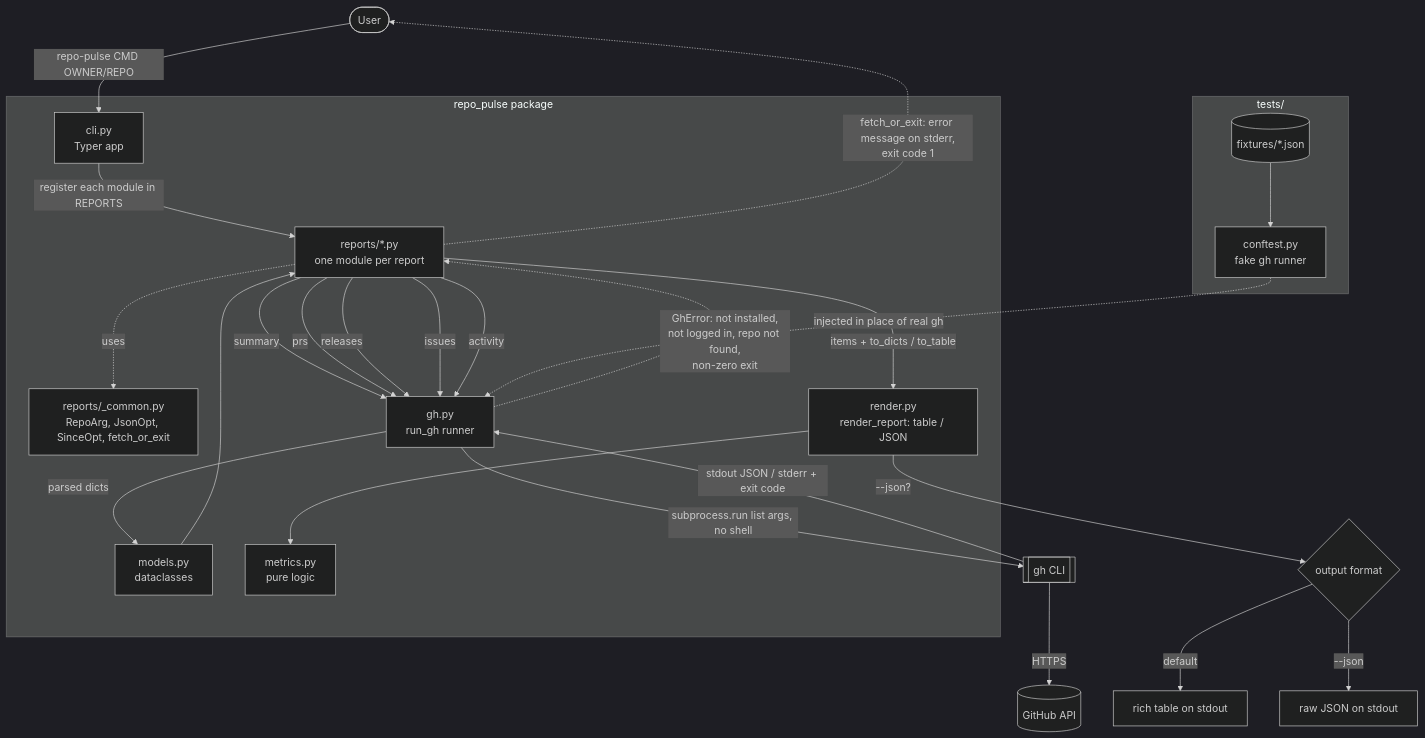
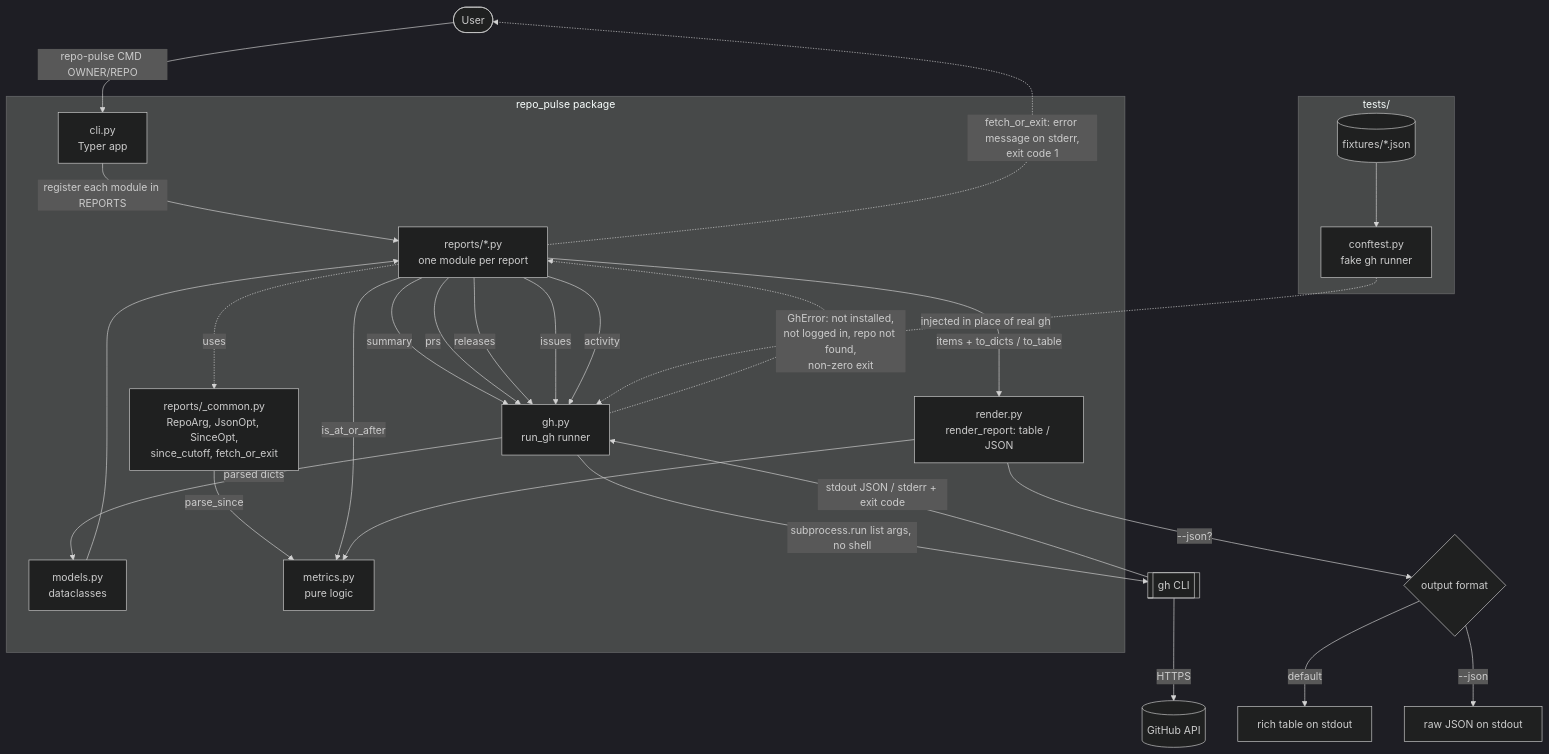
One commit to ritullportfolio/repo-pulse changed the first of 3 diagrams in docs/architecture.md. Above: the diagram before and after it, drawn with Mermaid (dark theme). The commit also changed other lines of this file and 10 other files, not shown here.

````diff
--- a/docs/architecture.md
+++ b/docs/architecture.md
@@ -20,44 +20,46 @@
 ```mermaid
 flowchart TD
     User([User]) -->|repo-pulse CMD OWNER/REPO| CLI
 
     subgraph repo_pulse [repo_pulse package]
         CLI[cli.py<br/>Typer app]
         Reports[reports/*.py<br/>one module per report]
-        Common[reports/_common.py<br/>RepoArg, JsonOpt, SinceOpt, fetch_or_exit]
+        Common[reports/_common.py<br/>RepoArg, JsonOpt, SinceOpt,<br/>since_cutoff, fetch_or_exit]
         GH[gh.py<br/>run_gh runner]
         Models[models.py<br/>dataclasses]
         Metrics[metrics.py<br/>pure logic]
         Render[render.py<br/>render_report: table / JSON]
     end
 
     CLI -->|register each module in REPORTS| Reports
     Reports -.->|uses| Common
+    Common -->|parse_since| Metrics
+    Reports -->|is_at_or_after| Metrics
 
     Reports -->|summary| GH
     Reports -->|prs| GH
     Reports -->|releases| GH
     Reports -->|issues| GH
     Reports -->|activity| GH
 
     GH -->|subprocess.run list args, no shell| GhCLI[[gh CLI]]
     GhCLI -->|HTTPS| GitHub[(GitHub API)]
     GhCLI -->|stdout JSON / stderr + exit code| GH
 
     GH -->|parsed dicts| Models
     GH -.->|GhError: not installed,<br/>not logged in, repo not found,<br/>non-zero exit| Reports
     Models --> Reports
     Reports -->|items + to_dicts / to_table| Render
     Render --> Metrics
     Render -->|--json?| Choice{output format}
     Choice -->|default| Table[rich table on stdout]
     Choice -->|--json| JSON[raw JSON on stdout]
     Reports -.->|fetch_or_exit: error message on stderr,<br/>exit code 1| User
 
     subgraph tests [tests/]
         Fake[conftest.py<br/>fake gh runner]
         Fixtures[(fixtures/*.json)]
     end
     Fixtures --> Fake
     Fake -.->|injected in place of real gh| GH
 ```
````
